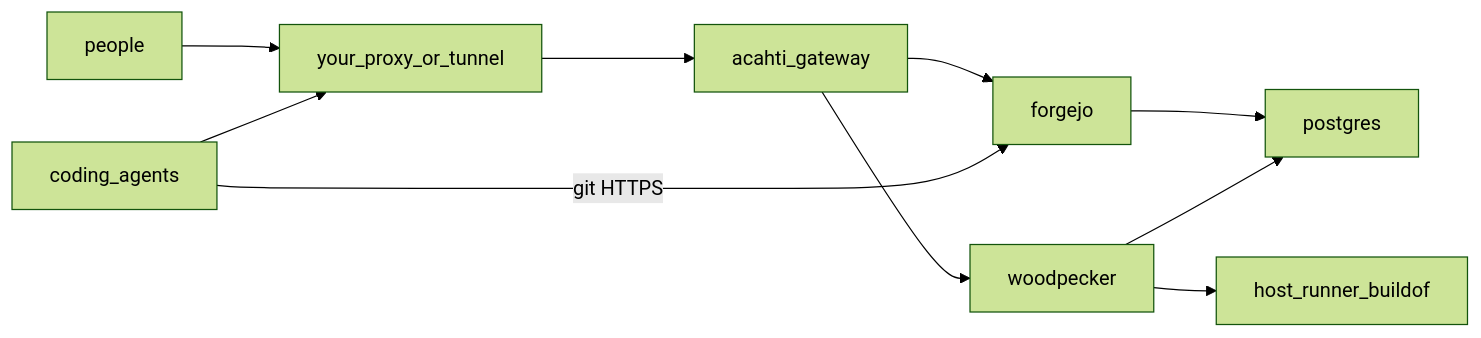
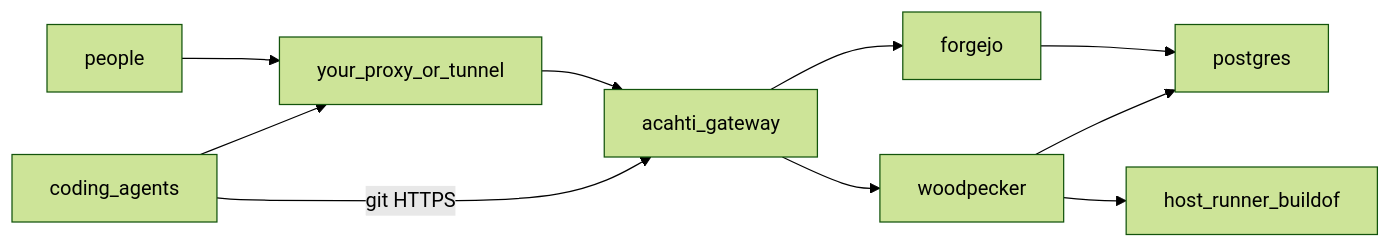
Before and after one commit to lpythu/acahti: the diagram in README.md, drawn with Mermaid (forest theme). The commit also changed other lines of this file and 88 other files, not shown here.

````diff
--- a/README.md
+++ b/README.md
@@ -11,21 +11,21 @@
 ```mermaid
 flowchart LR
   people[people]
   agents[coding_agents]
   yourEdge[your_proxy_or_tunnel]
   gw[acahti_gateway]
   fj[forgejo]
   wp[woodpecker]
   pg[postgres]
   buildof[host_runner_buildof]
 
   people --> yourEdge
   agents --> yourEdge
   yourEdge --> gw
   gw --> fj
   gw --> wp
   fj --> pg
   wp --> pg
   wp --> buildof
-  agents -->|"git HTTPS"| fj
+  agents -->|"git HTTPS"| gw
 ```
````
